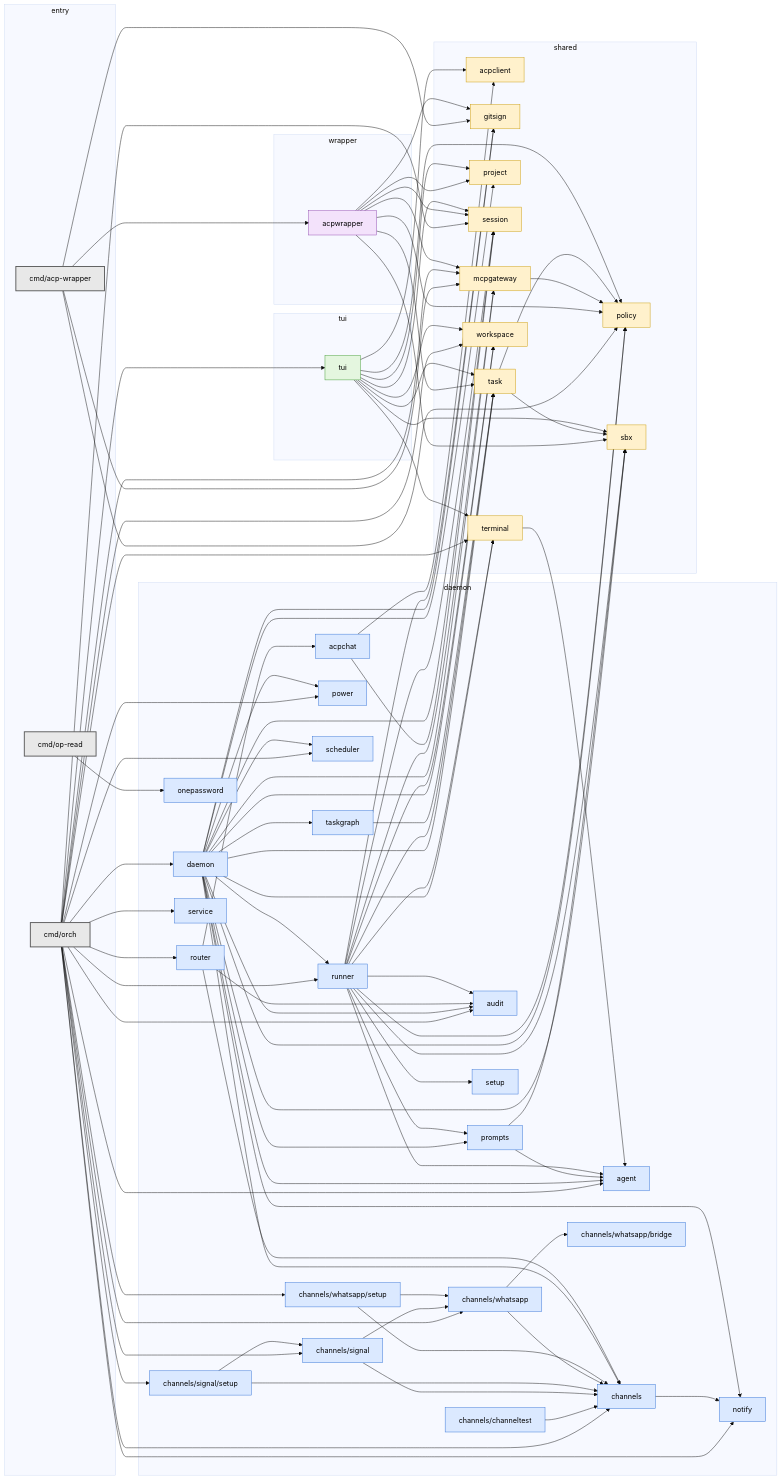
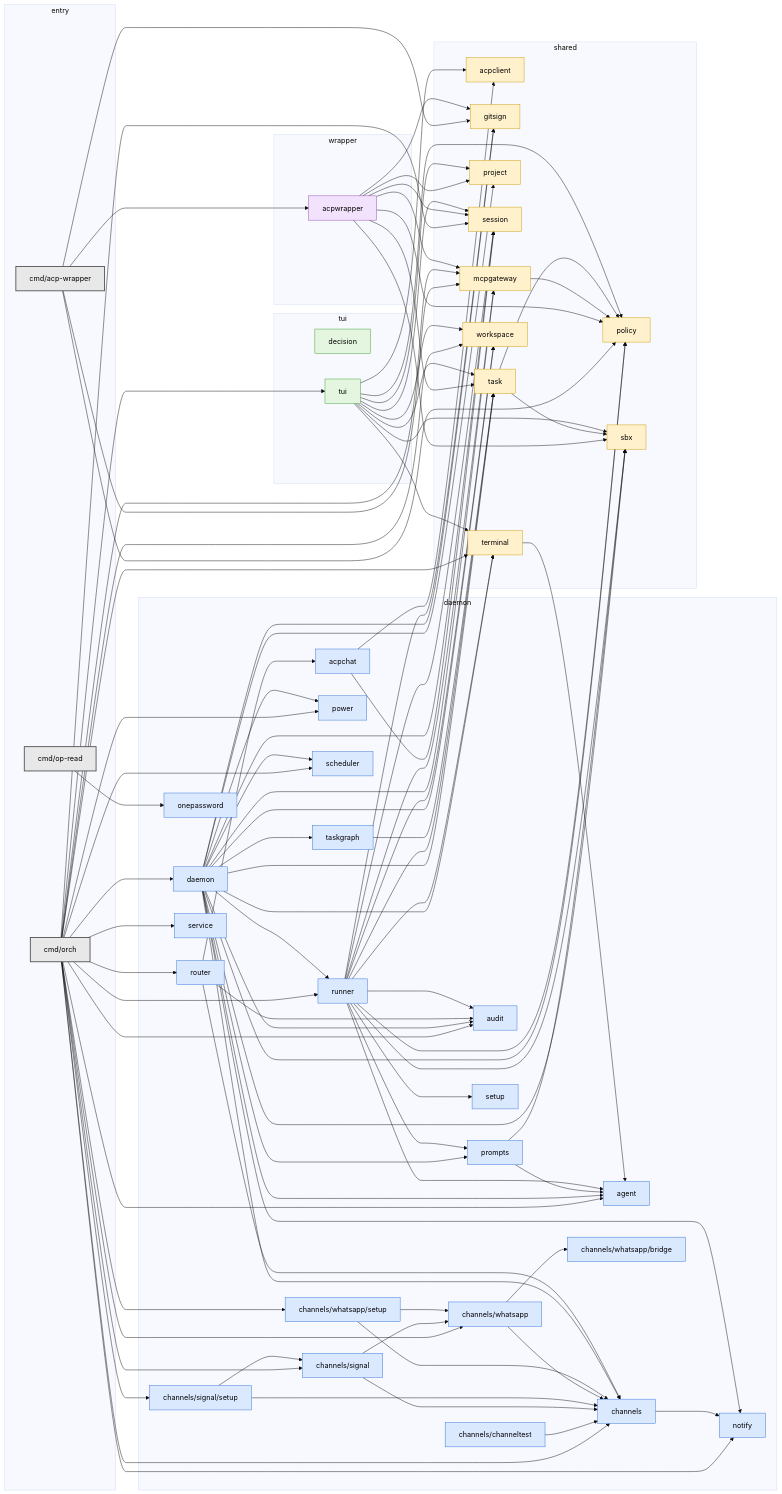
One commit to slimslenderslacks/workingman changed the diagram in docs/packages.md. Above: the diagram before and after it, drawn with Mermaid (base theme). The commit also changed other lines of this file and 3 other files, not shown here.

First line of the commit message:
decision: add data model and file I/O package for the decision TUI

```diff
--- a/docs/packages.md
+++ b/docs/packages.md
@@ -86,6 +87,7 @@
     internal_taskgraph["taskgraph"]
   end
   subgraph grp_tui["tui"]
+    internal_decision["decision"]
     internal_tui["tui"]
   end
   subgraph grp_shared["shared"]
@@ -201,7 +203,7 @@
   classDef daemon fill:#dbe9ff,stroke:#2f6fd6,color:#000
   class internal_acpchat,internal_agent,internal_audit,internal_channels,internal_channels_channeltest,internal_channels_signal,internal_channels_signal_setup,internal_channels_whatsapp,internal_channels_whatsapp_bridge,internal_channels_whatsapp_setup,internal_daemon,internal_notify,internal_onepassword,internal_power,internal_prompts,internal_router,internal_runner,internal_scheduler,internal_service,internal_setup,internal_taskgraph daemon
   classDef tui fill:#e4f6df,stroke:#3c9a2c,color:#000
-  class internal_tui tui
+  class internal_decision,internal_tui tui
   classDef shared fill:#fff1cc,stroke:#c99a06,color:#000
   class internal_acpclient,internal_gitsign,internal_mcpgateway,internal_policy,internal_project,internal_sbx,internal_session,internal_task,internal_terminal,internal_workspace shared
   classDef wrapper fill:#f3e2fb,stroke:#8e44ad,color:#000
```
